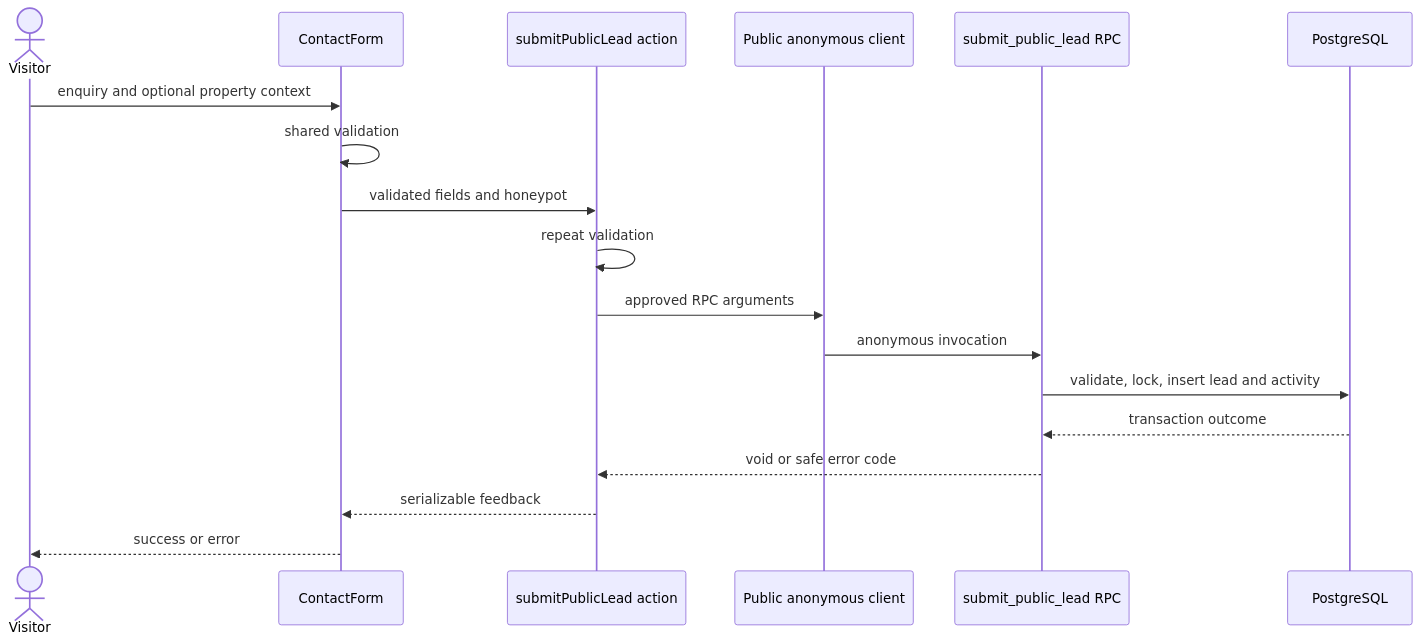
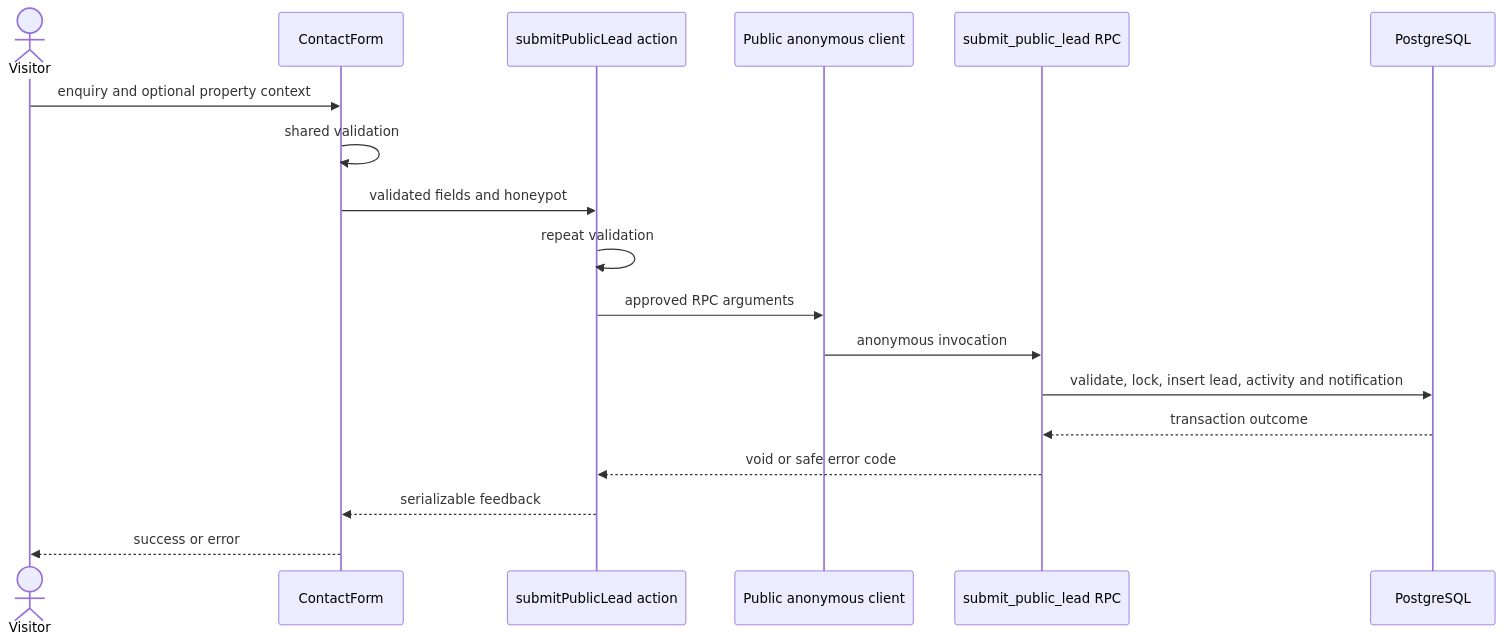
The fourth of 5 diagrams in docs/TECHNICAL_OVERVIEW.md (dineshprabhu-s/chennai-real-estates), drawn with Mermaid before and after one commit. The commit also changed other lines of this file and 9 other files, not shown here.

````diff
--- a/docs/TECHNICAL_OVERVIEW.md
+++ b/docs/TECHNICAL_OVERVIEW.md
@@ -295,20 +295,20 @@
 ```mermaid
 sequenceDiagram
   actor V as Visitor
   participant F as ContactForm
   participant A as submitPublicLead action
   participant C as Public anonymous client
   participant R as submit_public_lead RPC
   participant D as PostgreSQL
   V->>F: enquiry and optional property context
   F->>F: shared validation
   F->>A: validated fields and honeypot
   A->>A: repeat validation
   A->>C: approved RPC arguments
   C->>R: anonymous invocation
-  R->>D: validate, lock, insert lead and activity
+  R->>D: validate, lock, insert lead, activity and notification
   D-->>R: transaction outcome
   R-->>A: void or safe error code
   A-->>F: serializable feedback
   F-->>V: success or error
 ```
````
